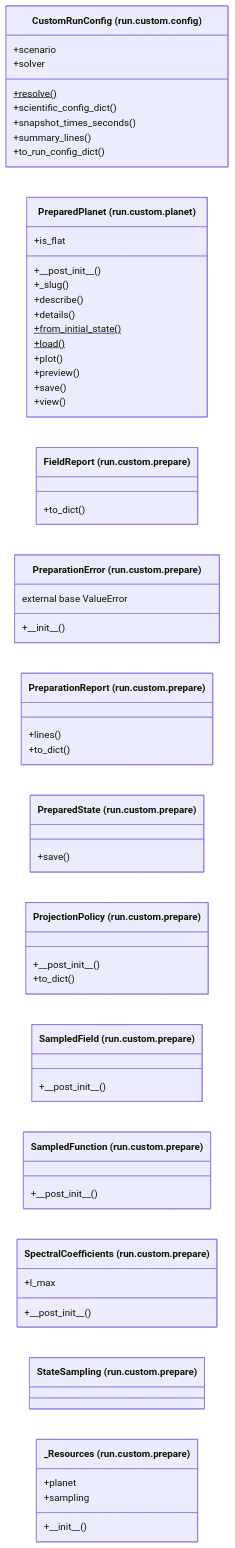
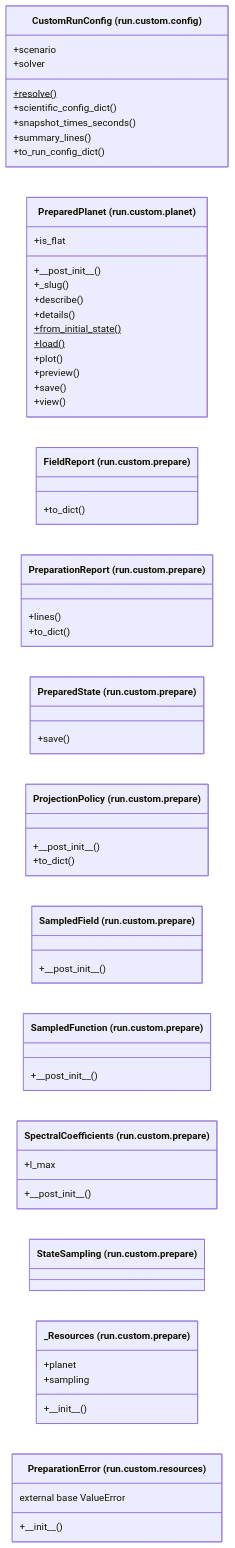
The diagram in docs/architecture/current/classes/tropoi.run.custom.mmd (AlexandreEros/Palintropos), drawn with Mermaid before and after one commit. The commit also changed 192 other files, not shown here.

```diff
--- a/docs/architecture/current/classes/tropoi.run.custom.mmd
+++ b/docs/architecture/current/classes/tropoi.run.custom.mmd
@@ -1,49 +1,49 @@
 %% Generated by tools.architecture 1.0.0. Do not edit by hand.
 %% All classes defined in package tropoi.run.custom.
 classDiagram
     direction LR
     class c_tropoi_orun_ocustom_oconfig_oCustomRunConfig["CustomRunConfig (run.custom.config)"]
     c_tropoi_orun_ocustom_oconfig_oCustomRunConfig : +resolve()$
     c_tropoi_orun_ocustom_oconfig_oCustomRunConfig : +scenario
     c_tropoi_orun_ocustom_oconfig_oCustomRunConfig : +scientific#95;config#95;dict()
     c_tropoi_orun_ocustom_oconfig_oCustomRunConfig : +snapshot#95;times#95;seconds()
     c_tropoi_orun_ocustom_oconfig_oCustomRunConfig : +solver
     c_tropoi_orun_ocustom_oconfig_oCustomRunConfig : +summary#95;lines()
     c_tropoi_orun_ocustom_oconfig_oCustomRunConfig : +to#95;run#95;config#95;dict()
     class c_tropoi_orun_ocustom_oplanet_oPreparedPlanet["PreparedPlanet (run.custom.planet)"]
     c_tropoi_orun_ocustom_oplanet_oPreparedPlanet : +#95;#95;post#95;init#95;#95;()
     c_tropoi_orun_ocustom_oplanet_oPreparedPlanet : +#95;slug()
     c_tropoi_orun_ocustom_oplanet_oPreparedPlanet : +describe()
     c_tropoi_orun_ocustom_oplanet_oPreparedPlanet : +details()
     c_tropoi_orun_ocustom_oplanet_oPreparedPlanet : +from#95;initial#95;state()$
     c_tropoi_orun_ocustom_oplanet_oPreparedPlanet : +is#95;flat
     c_tropoi_orun_ocustom_oplanet_oPreparedPlanet : +load()$
     c_tropoi_orun_ocustom_oplanet_oPreparedPlanet : +plot()
     c_tropoi_orun_ocustom_oplanet_oPreparedPlanet : +preview()
     c_tropoi_orun_ocustom_oplanet_oPreparedPlanet : +save()
     c_tropoi_orun_ocustom_oplanet_oPreparedPlanet : +view()
     class c_tropoi_orun_ocustom_oprepare_oFieldReport["FieldReport (run.custom.prepare)"]
     c_tropoi_orun_ocustom_oprepare_oFieldReport : +to#95;dict()
-    class c_tropoi_orun_ocustom_oprepare_oPreparationError["PreparationError (run.custom.prepare)"]
-    c_tropoi_orun_ocustom_oprepare_oPreparationError : +#95;#95;init#95;#95;()
-    c_tropoi_orun_ocustom_oprepare_oPreparationError : external base ValueError
     class c_tropoi_orun_ocustom_oprepare_oPreparationReport["PreparationReport (run.custom.prepare)"]
     c_tropoi_orun_ocustom_oprepare_oPreparationReport : +lines()
     c_tropoi_orun_ocustom_oprepare_oPreparationReport : +to#95;dict()
     class c_tropoi_orun_ocustom_oprepare_oPreparedState["PreparedState (run.custom.prepare)"]
     c_tropoi_orun_ocustom_oprepare_oPreparedState : +save()
     class c_tropoi_orun_ocustom_oprepare_oProjectionPolicy["ProjectionPolicy (run.custom.prepare)"]
     c_tropoi_orun_ocustom_oprepare_oProjectionPolicy : +#95;#95;post#95;init#95;#95;()
     c_tropoi_orun_ocustom_oprepare_oProjectionPolicy : +to#95;dict()
     class c_tropoi_orun_ocustom_oprepare_oSampledField["SampledField (run.custom.prepare)"]
     c_tropoi_orun_ocustom_oprepare_oSampledField : +#95;#95;post#95;init#95;#95;()
     class c_tropoi_orun_ocustom_oprepare_oSampledFunction["SampledFunction (run.custom.prepare)"]
     c_tropoi_orun_ocustom_oprepare_oSampledFunction : +#95;#95;post#95;init#95;#95;()
     class c_tropoi_orun_ocustom_oprepare_oSpectralCoefficients["SpectralCoefficients (run.custom.prepare)"]
     c_tropoi_orun_ocustom_oprepare_oSpectralCoefficients : +#95;#95;post#95;init#95;#95;()
     c_tropoi_orun_ocustom_oprepare_oSpectralCoefficients : +l#95;max
     class c_tropoi_orun_ocustom_oprepare_oStateSampling["StateSampling (run.custom.prepare)"]
     class c_tropoi_orun_ocustom_oprepare_o__Resources["_Resources (run.custom.prepare)"]
     c_tropoi_orun_ocustom_oprepare_o__Resources : +#95;#95;init#95;#95;()
     c_tropoi_orun_ocustom_oprepare_o__Resources : +planet
     c_tropoi_orun_ocustom_oprepare_o__Resources : +sampling
+    class c_tropoi_orun_ocustom_oresources_oPreparationError["PreparationError (run.custom.resources)"]
+    c_tropoi_orun_ocustom_oresources_oPreparationError : +#95;#95;init#95;#95;()
+    c_tropoi_orun_ocustom_oresources_oPreparationError : external base ValueError
```
